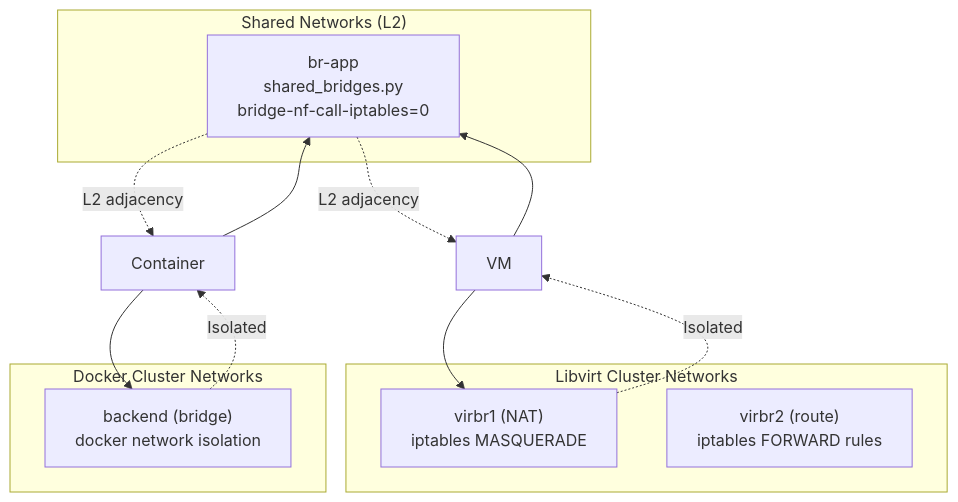
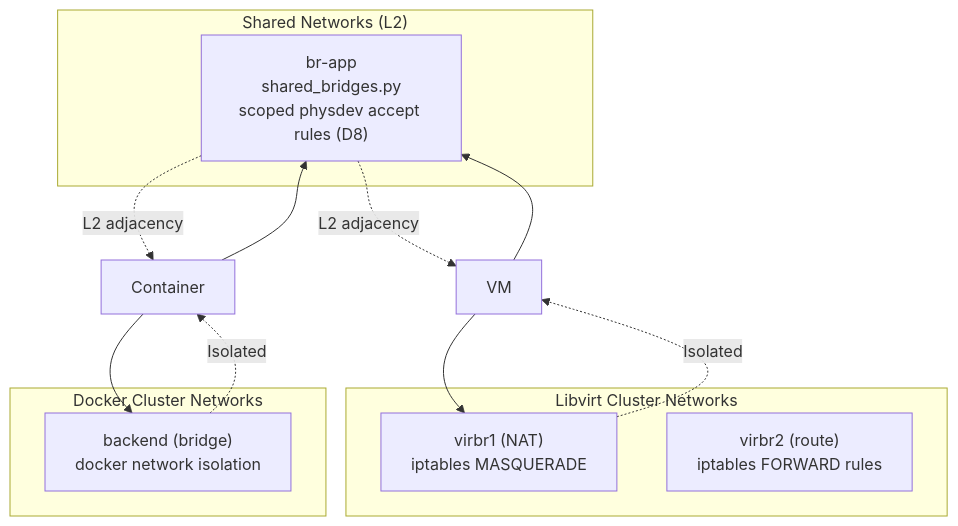
The tenth of 16 diagrams in doc/docker-compose-provider/design.md (mherkazandjian/boxman), drawn with Mermaid before and after one commit. The commit also changed other lines of this file and 3 other files, not shown here.

````diff
--- a/doc/docker-compose-provider/design.md
+++ b/doc/docker-compose-provider/design.md
@@ -360,26 +361,26 @@
 ```mermaid
 graph TB
     subgraph SharedNetworks["Shared Networks (L2)"]
-        SB1["br-app<br/>shared_bridges.py<br/>bridge-nf-call-iptables=0"]
+        SB1["br-app<br/>shared_bridges.py<br/>scoped physdev accept rules (D8)"]
     end
     
     subgraph LibvirtIsolation["Libvirt Cluster Networks"]
         LN1["virbr1 (NAT)<br/>iptables MASQUERADE"]
         LN2["virbr2 (route)<br/>iptables FORWARD rules"]
     end
     
     subgraph DockerIsolation["Docker Cluster Networks"]
         DN1["backend (bridge)<br/>docker network isolation"]
     end
     
     VM["VM"] --> SB1
     VM --> LN1
     Container["Container"] --> SB1
     Container --> DN1
     
     SB1 -.->|L2 adjacency| VM
     SB1 -.->|L2 adjacency| Container
     
     LN1 -.->|Isolated| VM
     DN1 -.->|Isolated| Container
 ```
````
